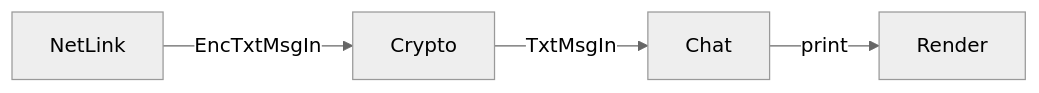
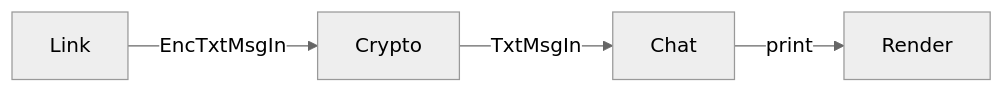
The third of 6 diagrams in Architecture.md (fluffy/bare-rust), drawn with Mermaid (neutral theme) before and after one commit. The commit also changed other lines of this file and 6 other files, not shown here.

Commit message:
Rename NetLink to Link

````diff
--- a/Architecture.md
+++ b/Architecture.md
@@ -90,6 +90,6 @@
 ```mermaid
 flowchart LR
-    A[NetLink] -->|EncTxtMsgIn| B[Crypto]
+    A[Link] -->|EncTxtMsgIn| B[Crypto]
     B -->|TxtMsgIn| C[Chat]
     C -->|print| J[Render]
 ```
````
